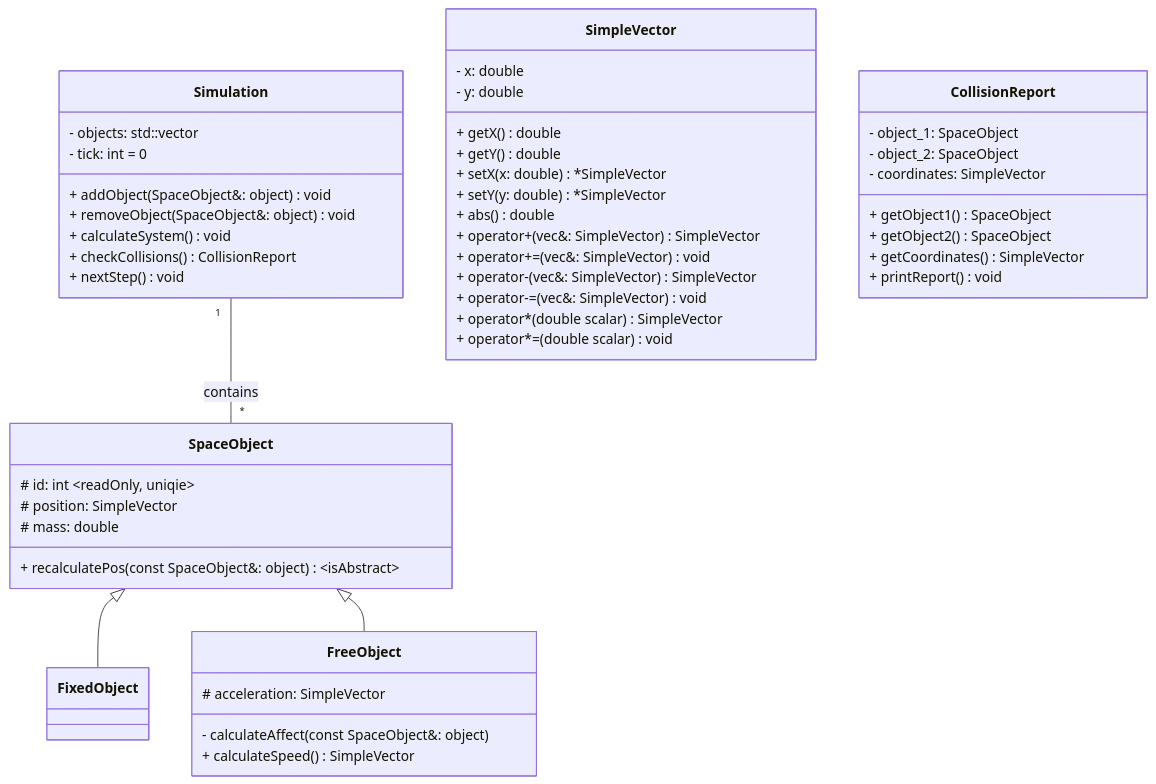
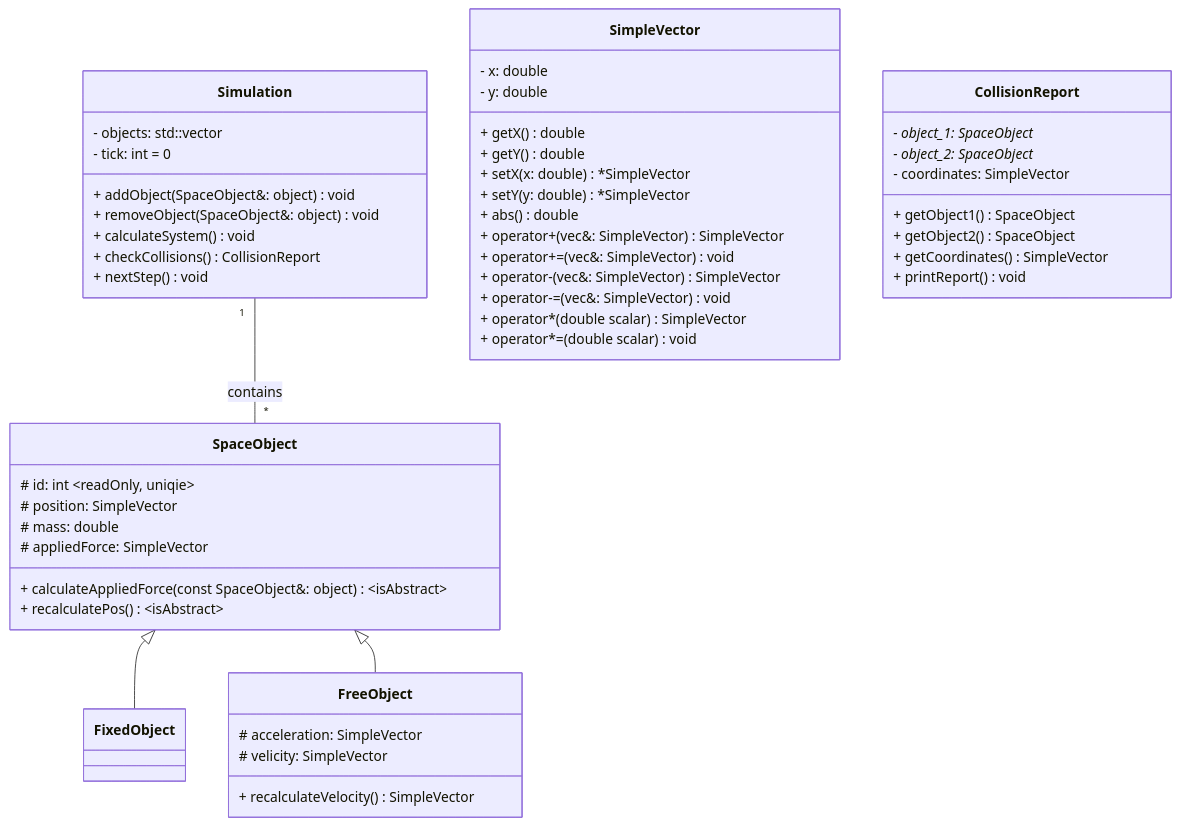
The diagram in docs/classDiagram.mmd (kotenko-o/simple-orbit-simulator), drawn with Mermaid before and after one commit. The commit also changed 1 other file, not shown here.

Commit message:
feat: modify class architecture

```diff
--- a/docs/classDiagram.mmd
+++ b/docs/classDiagram.mmd
@@ -1,58 +1,60 @@
 classDiagram
 
     SpaceObject <|-- FixedObject
     SpaceObject <|-- FreeObject
     Simulation "1" -- "*" SpaceObject : contains
     
     class Simulation {
         - objects: std::vector<SpaceObject*>
         - tick: int = 0
         + addObject(SpaceObject&: object) void
         + removeObject(SpaceObject&: object) void
         + calculateSystem() void
         + checkCollisions() CollisionReport
         + nextStep() void
     }
 
     class SpaceObject {
         # id: int ~readOnly, uniqie~
         # position: SimpleVector
         # mass: double
-        + recalculatePos(const SpaceObject&: object) ~isAbstract~
+        # appliedForce: SimpleVector
+        + calculateAppliedForce(const SpaceObject&: object) ~isAbstract~
+        + recalculatePos() ~isAbstract~
     }
 
     class FixedObject {
         
     }
 
     class FreeObject {
         # acceleration: SimpleVector
-        - calculateAffect(const SpaceObject&: object)
-        + calculateSpeed() SimpleVector
+        # velicity: SimpleVector
+        + recalculateVelocity() SimpleVector
     }
 
     class SimpleVector {
         - x: double
         - y: double
         + getX() double
         + getY() double
         + setX(x: double) *SimpleVector
         + setY(y: double) *SimpleVector
         + abs() double
         + operator+(vec&: SimpleVector) SimpleVector
         + operator+=(vec&: SimpleVector) void
         + operator-(vec&: SimpleVector) SimpleVector
         + operator-=(vec&: SimpleVector) void
         + operator*(double scalar) SimpleVector
         + operator*=(double scalar) void
     }
 
     class CollisionReport {
-        - object_1: SpaceObject
-        - object_2: SpaceObject
+        - object_1: SpaceObject*
+        - object_2: SpaceObject*
         - coordinates: SimpleVector
         + getObject1() SpaceObject
         + getObject2() SpaceObject
         + getCoordinates() SimpleVector
         + printReport() void
     }
```
